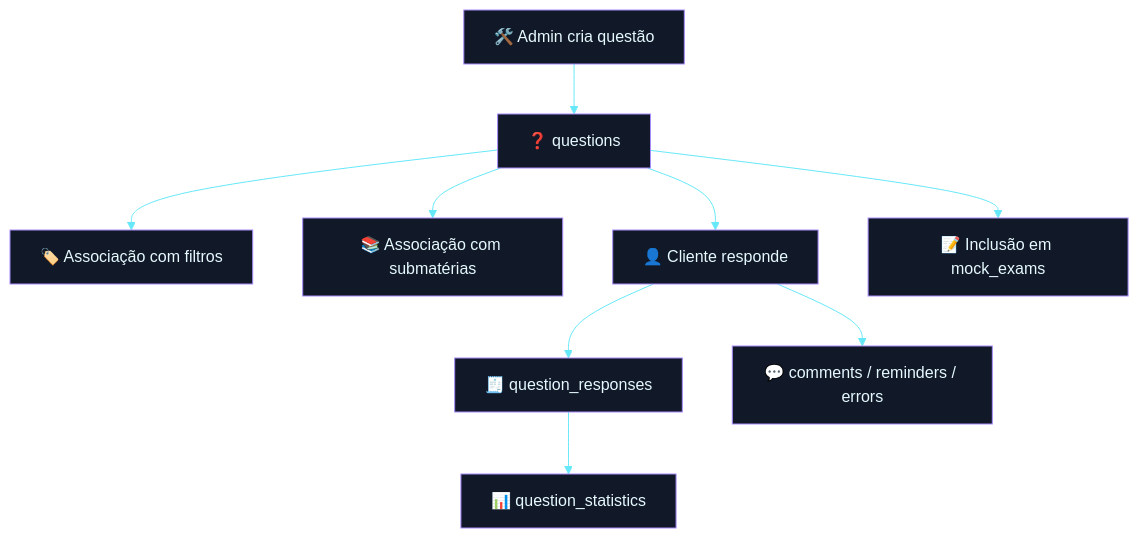
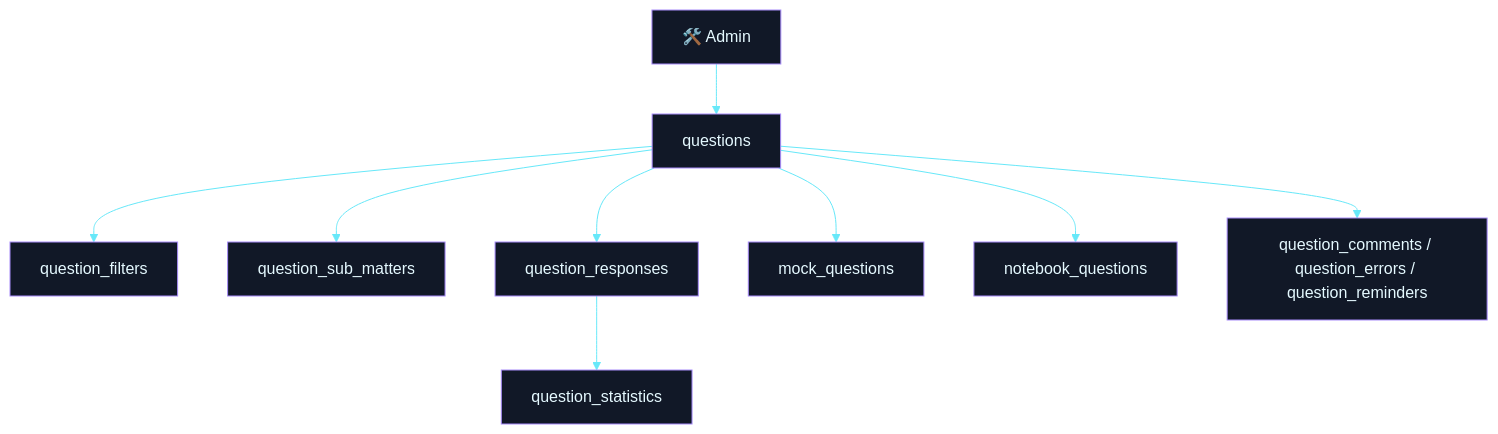
The third of 4 diagrams in Dicionario de Dados.md (matheusdiamantino-betalent/questions-ai), drawn with Mermaid before and after one commit. The commit also changed other lines of this file, not shown here.

````diff
--- a/Dicionario de Dados.md
+++ b/Dicionario de Dados.md
@@ -215,21 +268,21 @@
 ```mermaid
 %%{init: {
   "theme": "base",
   "themeVariables": {
     "background": "#07111f",
     "primaryColor": "#111827",
     "primaryTextColor": "#e5f9ff",
     "primaryBorderColor": "#a78bfa",
     "lineColor": "#67e8f9"
   }
 }}%%
 flowchart TD
-    A[🛠️ Admin cria questão] --> B[❓ questions]
-    B --> C[🏷️ Associação com filtros]
-    B --> D[📚 Associação com submatérias]
-    B --> E[👤 Cliente responde]
-    E --> F[🧾 question_responses]
-    F --> G[📊 question_statistics]
-    E --> H[💬 comments / reminders / errors]
-    B --> I[📝 Inclusão em mock_exams]
+    A[🛠️ Admin] --> B[questions]
+    B --> C[question_filters]
+    B --> D[question_sub_matters]
+    B --> E[question_responses]
+    E --> F[question_statistics]
+    B --> G[mock_questions]
+    B --> H[notebook_questions]
+    B --> I[question_comments / question_errors / question_reminders]
 ```
````
